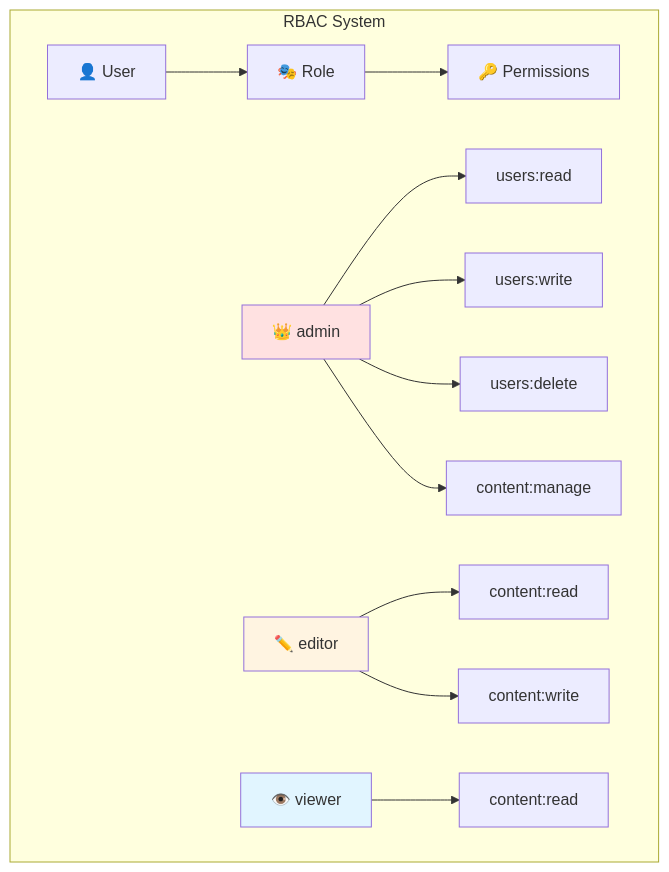
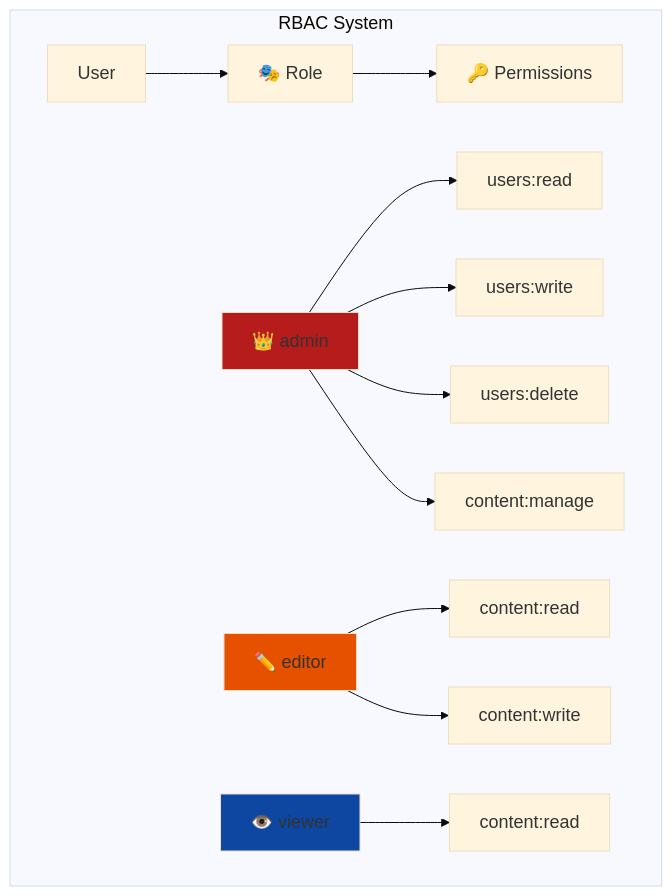
The eighth of 9 diagrams in courses/🟡-development/FPUNA-2026/01-DESARROLLO-SOFTWARE/especializaciones/web-development/03-autenticacion-autorizacion.md (Ai-Whisperers/Courses-Content), drawn with Mermaid before and after one commit. The commit also changed other lines of this file and 47 other files, not shown here.

First line of the commit message:
fix: Make all 473 diagrams WCAG AAA accessible (FPUNA-2026)

````diff
--- a/courses/🟡-development/FPUNA-2026/01-DESARROLLO-SOFTWARE/especializaciones/web-development/03-autenticacion-autorizacion.md
+++ b/courses/🟡-development/FPUNA-2026/01-DESARROLLO-SOFTWARE/especializaciones/web-development/03-autenticacion-autorizacion.md
@@ -1087,21 +1094,22 @@
 ```mermaid
+%%{init: {'theme':'base', 'themeVariables': {'fontSize':'18px'}}}%%
 graph TD
     subgraph "RBAC System"
-        U[👤 User] --> R[🎭 Role]
+        U[User] --> R[🎭 Role]
         R --> P[🔑 Permissions]
         
         R1[👑 admin] --> P1[users:read]
         R1 --> P2[users:write]
         R1 --> P3[users:delete]
         R1 --> P4[content:manage]
         
         R2[✏️ editor] --> P5[content:read]
         R2 --> P6[content:write]
         
         R3[👁️ viewer] --> P7[content:read]
     end
     
-    style R1 fill:#FFE1E1
-    style R2 fill:#FFF4E1
-    style R3 fill:#E1F5FF
+    style R1 fill:#b71c1c
+    style R2 fill:#e65100
+    style R3 fill:#0d47a1
 ```
````
